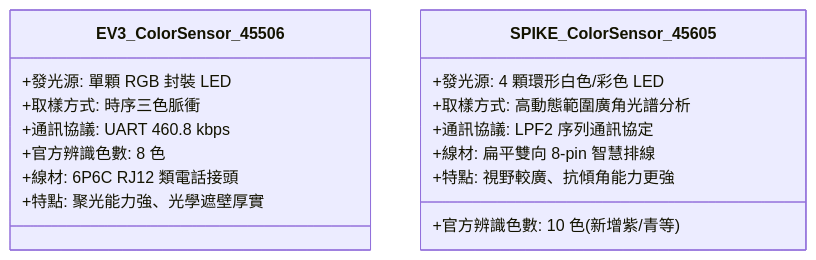
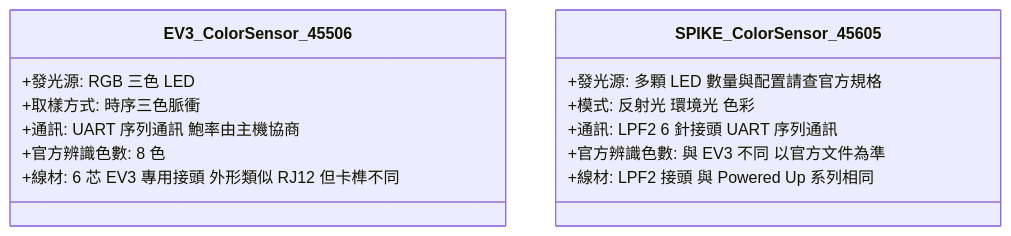
The eighth of 8 diagrams in ev3/ev3_color_sensor_principles.md (joelhoty/onclassbyJoel), drawn with Mermaid before and after one commit. The commit also changed other lines of this file and 5 other files, not shown here.

````diff
--- a/ev3/ev3_color_sensor_principles.md
+++ b/ev3/ev3_color_sensor_principles.md
@@ -463,19 +555,17 @@
 ```mermaid
 classDiagram
     class EV3_ColorSensor_45506 {
-        +發光源: 單顆 RGB 封裝 LED
+        +發光源: RGB 三色 LED
         +取樣方式: 時序三色脈衝
-        +通訊協議: UART 460.8 kbps
+        +通訊: UART 序列通訊 鮑率由主機協商
         +官方辨識色數: 8 色
-        +線材: 6P6C RJ12 類電話接頭
-        +特點: 聚光能力強、光學遮壁厚實
+        +線材: 6 芯 EV3 專用接頭 外形類似 RJ12 但卡榫不同
     }
     class SPIKE_ColorSensor_45605 {
-        +發光源: 4 顆環形白色/彩色 LED
-        +取樣方式: 高動態範圍廣角光譜分析
-        +通訊協議: LPF2 序列通訊協定
-        +官方辨識色數: 10 色 (新增紫/青等)
-        +線材: 扁平雙向 8-pin 智慧排線
-        +特點: 視野較廣、抗傾角能力更強
+        +發光源: 多顆 LED 數量與配置請查官方規格
+        +模式: 反射光 環境光 色彩
+        +通訊: LPF2 6 針接頭 UART 序列通訊
+        +官方辨識色數: 與 EV3 不同 以官方文件為準
+        +線材: LPF2 接頭 與 Powered Up 系列相同
     }
 ```
````
